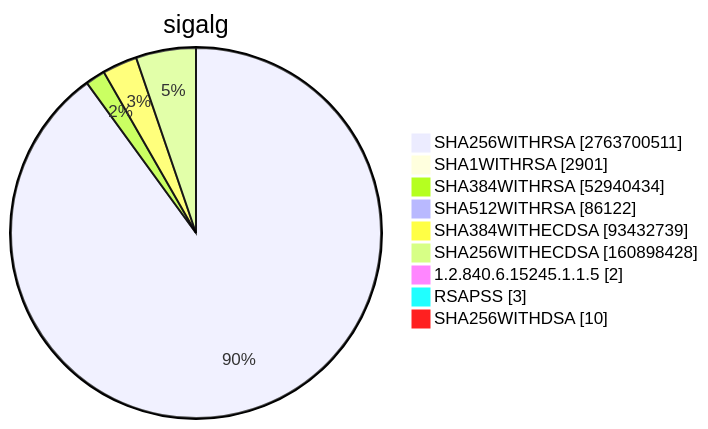
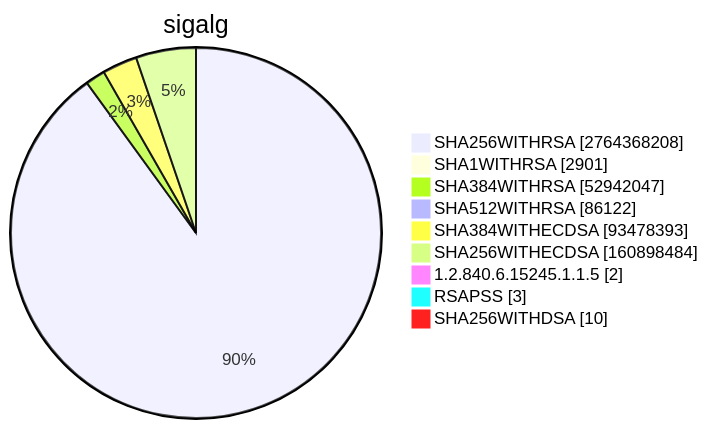
Before and after one commit to christiankrug/ctmonitor_visualization: diagram 15 of 15 in TOTAL/README.md, drawn with Mermaid. The commit also changed other lines of this file, not shown here.

````diff
--- a/TOTAL/README.md
+++ b/TOTAL/README.md
@@ -6207,13 +6207,13 @@
 ```mermaid
 pie showData
 title sigalg
-"SHA256WITHRSA" :2763700511
+"SHA256WITHRSA" :2764368208
 "SHA1WITHRSA" :2901
-"SHA384WITHRSA" :52940434
+"SHA384WITHRSA" :52942047
 "SHA512WITHRSA" :86122
-"SHA384WITHECDSA" :93432739
-"SHA256WITHECDSA" :160898428
+"SHA384WITHECDSA" :93478393
+"SHA256WITHECDSA" :160898484
 "1.2.840.6.15245.1.1.5" :2
 "RSAPSS" :3
 "SHA256WITHDSA" :10
 ```
````
